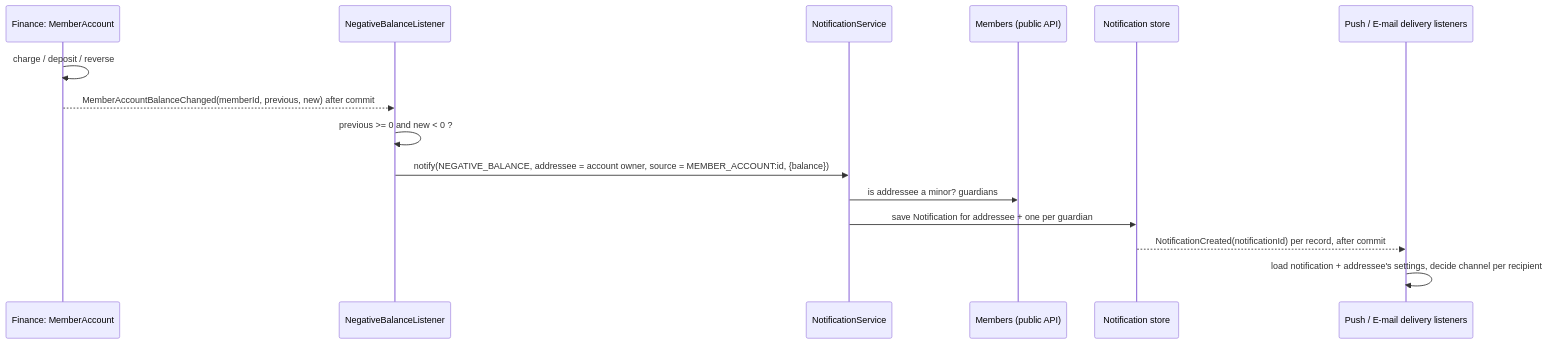
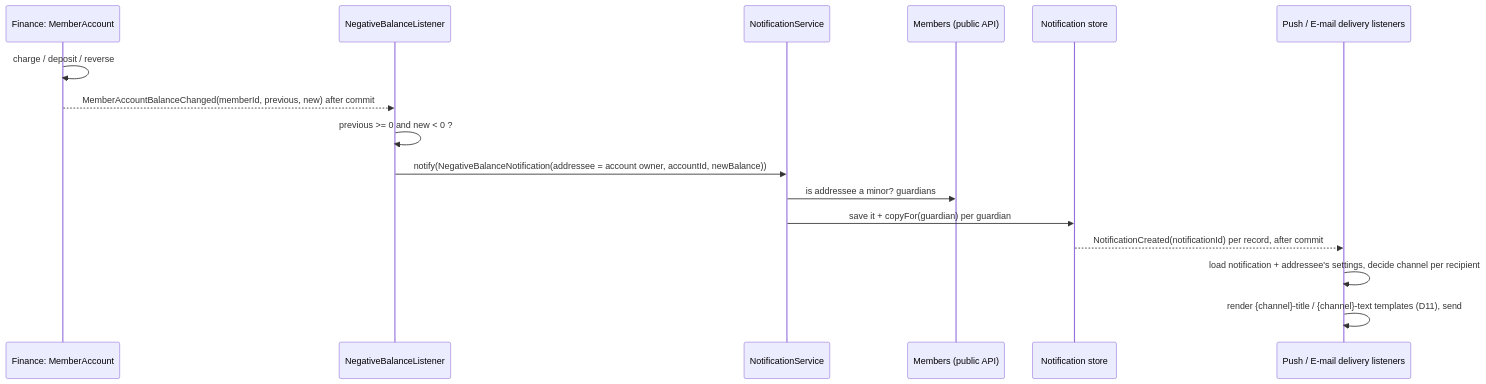
One commit to zabiny/klabis changed the first of 2 diagrams in openspec/changes/introduce-notification-feed/design.md. Above: the diagram before and after it, drawn with Mermaid. The commit also changed other lines of this file and 2 other files, not shown here.

First line of the commit message:
docs(openspec): notification subtypes and template-rendered texts

````diff
--- a/openspec/changes/introduce-notification-feed/design.md
+++ b/openspec/changes/introduce-notification-feed/design.md
@@ -38,17 +38,18 @@
 ```mermaid
 sequenceDiagram
     participant FM as Finance: MemberAccount
     participant L as NegativeBalanceListener
     participant S as NotificationService
     participant M as Members (public API)
     participant DB as Notification store
     participant D as Push / E-mail delivery listeners
     FM->>FM: charge / deposit / reverse
     FM-->>L: MemberAccountBalanceChanged(memberId, previous, new) after commit
     L->>L: previous >= 0 and new < 0 ?
-    L->>S: notify(NEGATIVE_BALANCE, addressee = account owner, source = MEMBER_ACCOUNT:id, {balance})
+    L->>S: notify(NegativeBalanceNotification(addressee = account owner, accountId, newBalance))
     S->>M: is addressee a minor? guardians
-    S->>DB: save Notification for addressee + one per guardian
+    S->>DB: save it + copyFor(guardian) per guardian
     DB-->>D: NotificationCreated(notificationId) per record, after commit
     D->>D: load notification + addressee's settings, decide channel per recipient
+    D->>D: render {channel}-title / {channel}-text templates (D11), send
 ```
````
